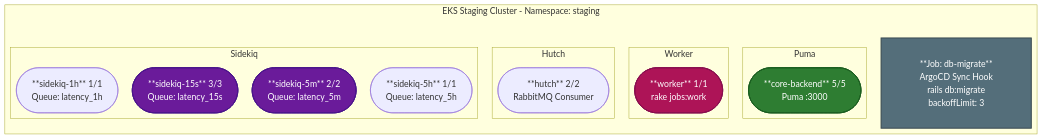
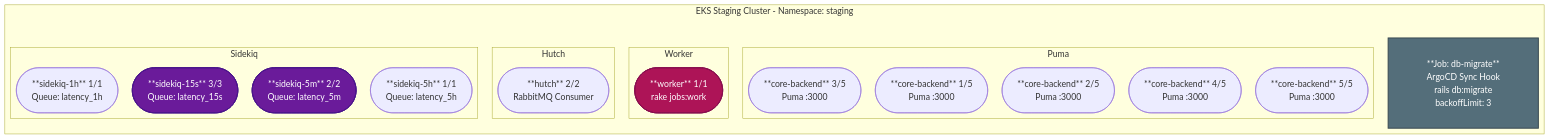
Before and after one commit to skylukas1/Diagrams: the second of 3 diagrams in k8s_staging_deployment.md, drawn with Mermaid.

Commit message:
Refactor core-backend node representation in diagram

````diff
--- a/k8s_staging_deployment.md
+++ b/k8s_staging_deployment.md
@@ -53,57 +53,57 @@
 ```mermaid
 ---
 config:
   theme: default
   themeVariables:
     fontSize: 18px
   flowchart:
     nodeSpacing: 60
     rankSpacing: 60
     padding: 40
     defaultRenderer: elk
 ---
 graph TD
     subgraph CLUSTER["EKS Staging Cluster - Namespace: staging"]
 
         subgraph NODE1["Puma"]
-            N1_APP(["**core-backend** 1/5<br/>Puma :3000"])
-            N1_APP(["**core-backend** 2/5<br/>Puma :3000"])
-            N1_APP(["**core-backend** 3/5<br/>Puma :3000"])
-            N1_APP(["**core-backend** 4/5<br/>Puma :3000"])
-            N1_APP(["**core-backend** 5/5<br/>Puma :3000"])
+            N1_APP_1(["**core-backend** 1/5<br/>Puma :3000"])
+            N1_APP_2(["**core-backend** 2/5<br/>Puma :3000"])
+            N1_APP_3(["**core-backend** 3/5<br/>Puma :3000"])
+            N1_APP_4(["**core-backend** 4/5<br/>Puma :3000"])
+            N1_APP_5(["**core-backend** 5/5<br/>Puma :3000"])
         end
 
         subgraph NODE2["Sidekiq"]
             N2_SK15(["**sidekiq-15s** 1/3<br/>Queue: latency_15s"])
             N2_SK15(["**sidekiq-15s** 2/3<br/>Queue: latency_15s"])
             N2_SK15(["**sidekiq-15s** 3/3<br/>Queue: latency_15s"])
             N2_SK5M(["**sidekiq-5m** 1/2<br/>Queue: latency_5m"])
             N2_SK5M(["**sidekiq-5m** 2/2<br/>Queue: latency_5m"])
             N2_SK1H(["**sidekiq-1h** 1/1<br/>Queue: latency_1h"])
             N2_SK5H(["**sidekiq-5h** 1/1<br/>Queue: latency_5h"])
         end
 
         subgraph NODE3["Worker"]
             N3_WORKER(["**worker** 1/1<br/>rake jobs:work"])
         end
 
         subgraph NODE4["Hutch"]
             N4_HUTCH(["**hutch** 1/2<br/>RabbitMQ Consumer"])
             N4_HUTCH(["**hutch** 2/2<br/>RabbitMQ Consumer"])
         end
 
         MIGRATE["**Job: db-migrate**<br/>ArgoCD Sync Hook<br/>rails db:migrate<br/>backoffLimit: 3"]
     end
 
     classDef appPod fill:#2e7d32,stroke:#1b5e20,color:#fff,stroke-width:2px
     classDef sidekiqPod fill:#6a1b9a,stroke:#4a148c,color:#fff,stroke-width:2px
     classDef hutchPod fill:#e65100,stroke:#bf360c,color:#fff,stroke-width:2px
     classDef workerPod fill:#ad1457,stroke:#880e4f,color:#fff,stroke-width:2px
     classDef migration fill:#546e7a,stroke:#37474f,color:#fff,stroke-width:2px
 
     class N1_APP,N2_APP,N3_APP,N4_APP,N5_APP appPod
     class N1_SK15,N2_SK15,N3_SK15,N2_SK5M,N4_SK5M,N4_SK1H,N5_SK5H sidekiqPod
     class N1_HUTCH,N5_HUTCH hutchPod
     class N3_WORKER workerPod
     class MIGRATE migration
 ```
````
